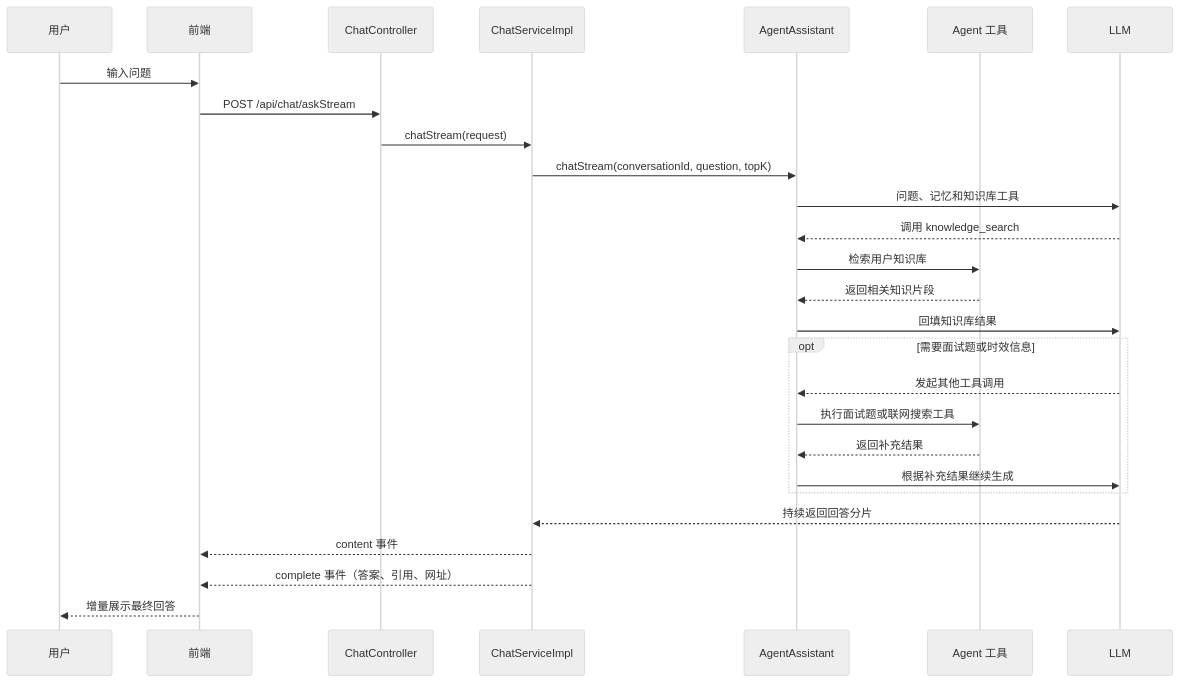
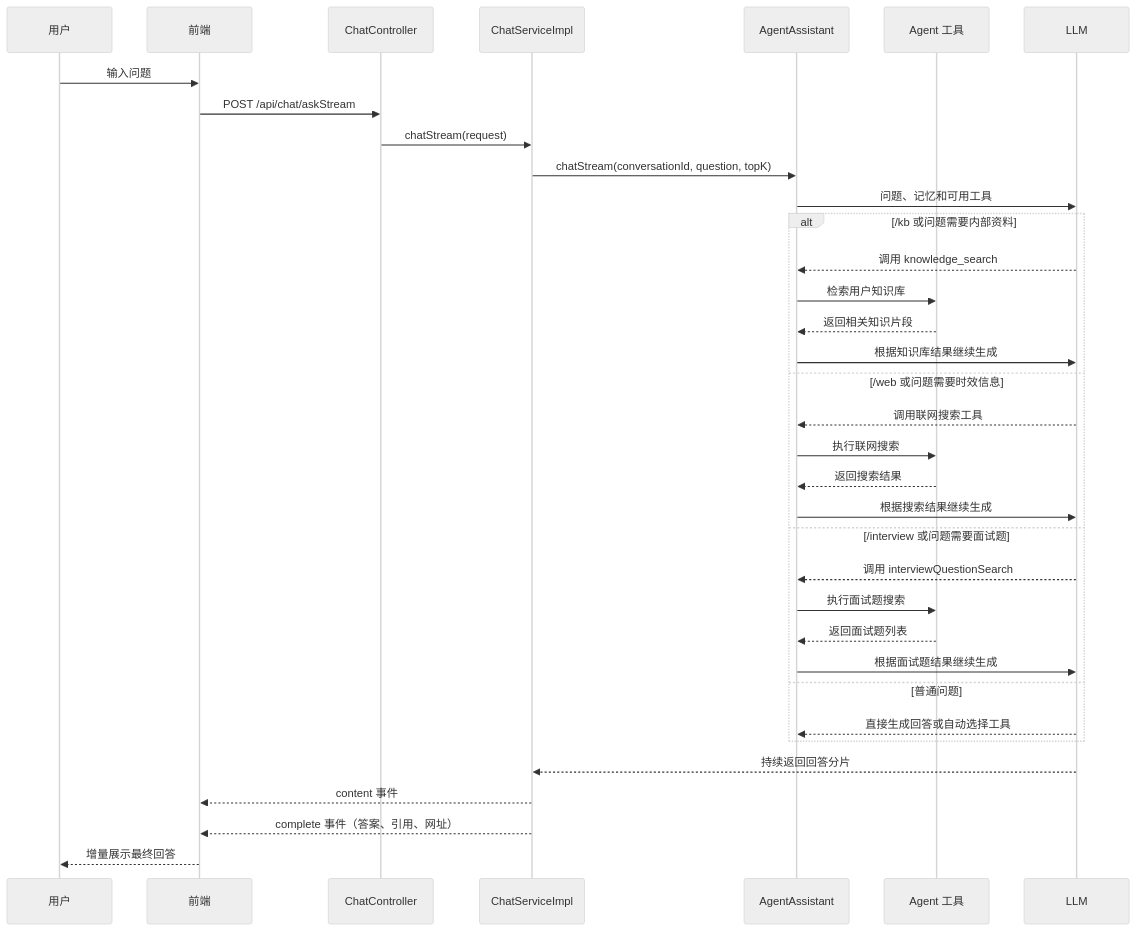
Before and after one commit to miahemu/ai-code-helper: the diagram in README.md, drawn with Mermaid (neutral theme). The commit also changed other lines of this file and 24 other files, not shown here.

````diff
--- a/README.md
+++ b/README.md
@@ -66,30 +69,38 @@
 ```mermaid
 sequenceDiagram
     participant U as 用户
     participant F as 前端
     participant C as ChatController
     participant S as ChatServiceImpl
     participant A as AgentAssistant
     participant T as Agent 工具
     participant L as LLM
 
     U->>F: 输入问题
     F->>C: POST /api/chat/askStream
     C->>S: chatStream(request)
     S->>A: chatStream(conversationId, question, topK)
-    A->>L: 问题、记忆和知识库工具
-    L-->>A: 调用 knowledge_search
-    A->>T: 检索用户知识库
-    T-->>A: 返回相关知识片段
-    A->>L: 回填知识库结果
-    opt 需要面试题或时效信息
-        L-->>A: 发起其他工具调用
-        A->>T: 执行面试题或联网搜索工具
-        T-->>A: 返回补充结果
-        A->>L: 根据补充结果继续生成
+    A->>L: 问题、记忆和可用工具
+    alt /kb 或问题需要内部资料
+        L-->>A: 调用 knowledge_search
+        A->>T: 检索用户知识库
+        T-->>A: 返回相关知识片段
+        A->>L: 根据知识库结果继续生成
+    else /web 或问题需要时效信息
+        L-->>A: 调用联网搜索工具
+        A->>T: 执行联网搜索
+        T-->>A: 返回搜索结果
+        A->>L: 根据搜索结果继续生成
+    else /interview 或问题需要面试题
+        L-->>A: 调用 interviewQuestionSearch
+        A->>T: 执行面试题搜索
+        T-->>A: 返回面试题列表
+        A->>L: 根据面试题结果继续生成
+    else 普通问题
+        L-->>A: 直接生成回答或自动选择工具
     end
     L-->>S: 持续返回回答分片
     S-->>F: content 事件
     S-->>F: complete 事件（答案、引用、网址）
     F-->>U: 增量展示最终回答
 ```
````
